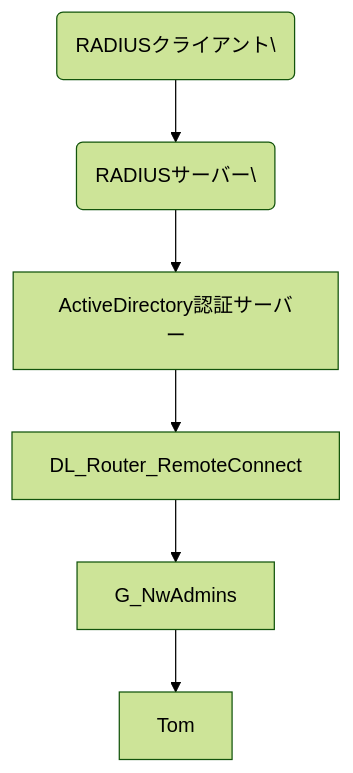
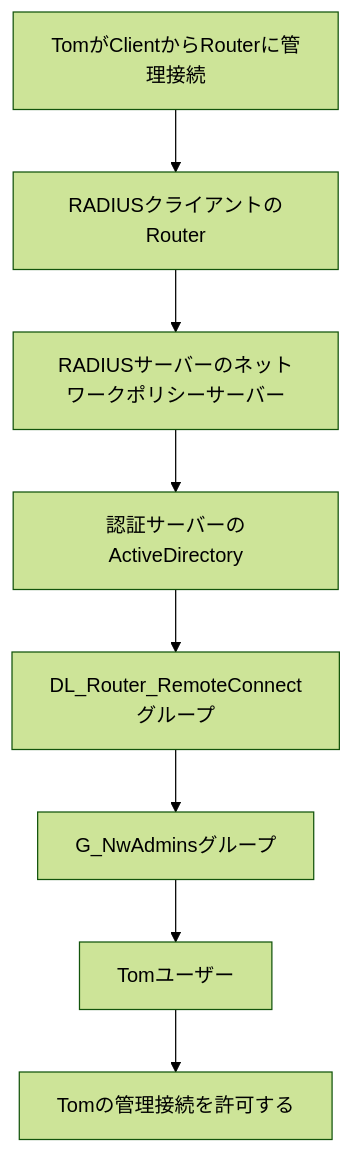
One commit to ccsi-instructor/infra1 changed the diagram in RADIUS認証環境構築.md. Above: the diagram before and after it, drawn with Mermaid (forest theme). The commit also changed other lines of this file, not shown here.

````diff
--- a/RADIUS認証環境構築.md
+++ b/RADIUS認証環境構築.md
@@ -74,8 +74,11 @@
     ```mermaid
     graph TD;
-        Routerの認証\(RADIUSクライアント\)-->NPS\(RADIUSサーバー\);
-        NPS\(RADIUSサーバー\)-->ActiveDirectory認証サーバー;
-        ActiveDirectory認証サーバー-->DL_Router_RemoteConnect;
-        DL_Router_RemoteConnect-->G_NwAdmins;
-        G_NwAdmins-->Tom;
+        TomがClientからRouterに管理接続-->RADIUSクライアントのRouter
+        RADIUSクライアントのRouter-->RADIUSサーバーのネットワークポリシーサーバー;
+        RADIUSサーバーのネットワークポリシーサーバー-->認証サーバーのActiveDirectory;
+        認証サーバーのActiveDirectory-->DL_Router_RemoteConnectグループ;
+        DL_Router_RemoteConnectグループ-->G_NwAdminsグループ;
+        G_NwAdminsグループ-->Tomユーザー;
+        Tomユーザー-->Tomの管理接続を許可する;
+        
     ```
````
